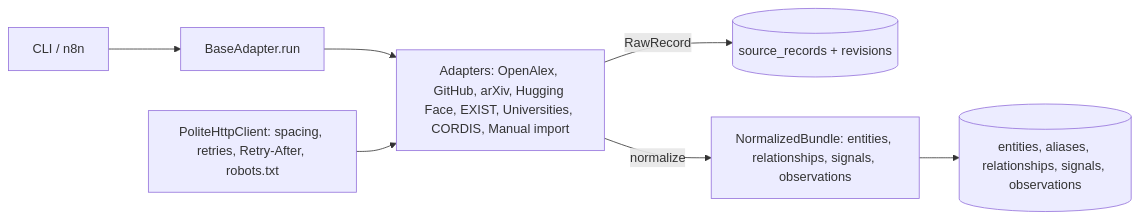
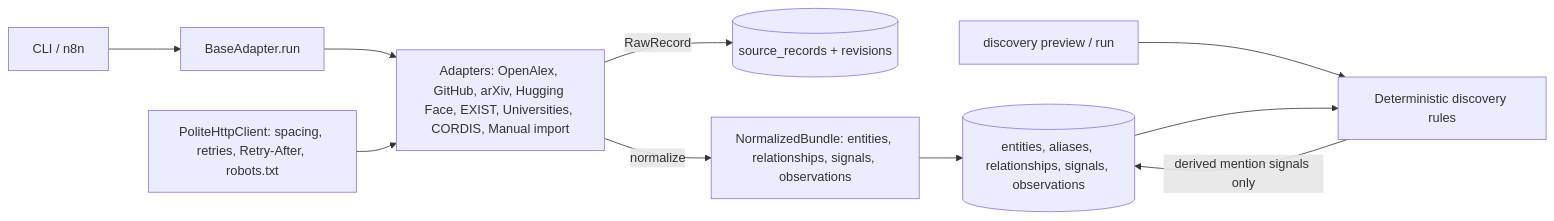
One commit to ceennkk/StartUp-Finder changed the first of 2 diagrams in README.md. Above: the diagram before and after it, drawn with Mermaid. The commit also changed other lines of this file and 14 other files, not shown here.

First line of the commit message:
feat(discovery): implement deterministic signal classification and discovery engine

````diff
--- a/README.md
+++ b/README.md
@@ -38,9 +39,12 @@
 ```mermaid
 flowchart LR
   CLI[CLI / n8n] --> RUN[BaseAdapter.run]
   RUN --> A[Adapters: OpenAlex, GitHub, arXiv, Hugging Face, EXIST, Universities, CORDIS, Manual import]
   HTTP[PoliteHttpClient: spacing, retries, Retry-After, robots.txt] --> A
   A -->|RawRecord| STORE1[(source_records + revisions)]
   A -->|normalize| N[NormalizedBundle: entities, relationships, signals, observations]
   N --> STORE2[(entities, aliases, relationships, signals, observations)]
+  DCLI[discovery preview / run] --> DISC[Deterministic discovery rules]
+  STORE2 --> DISC
+  DISC -->|derived mention signals only| STORE2
 ```
````
